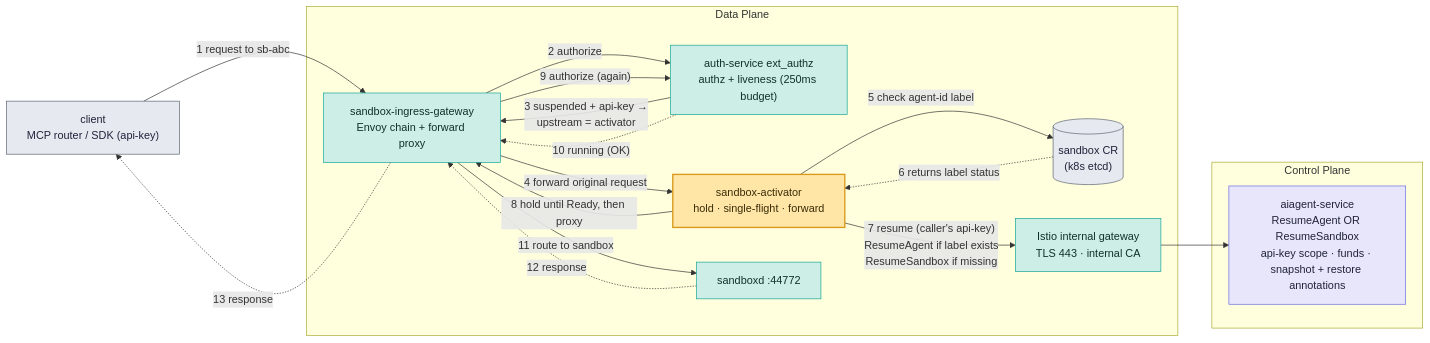
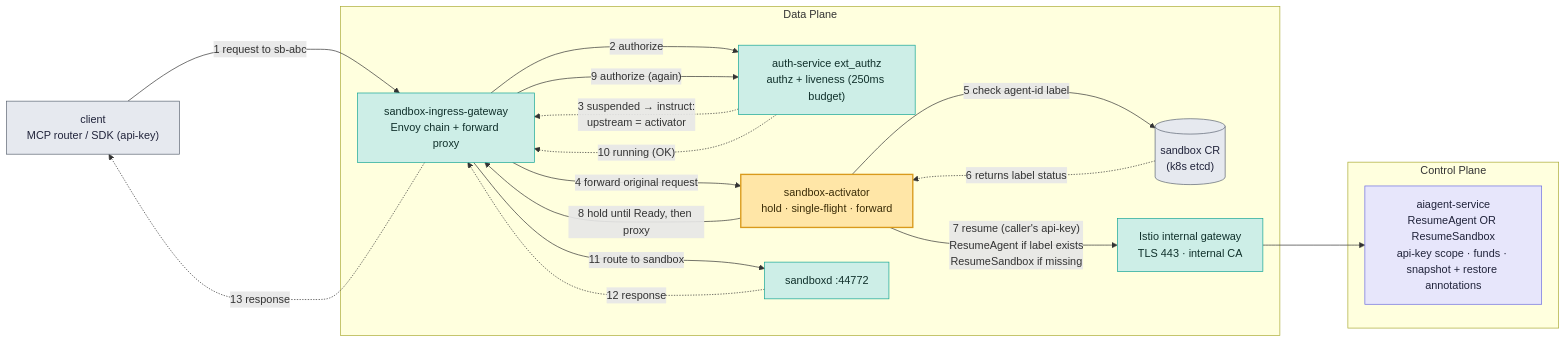
One commit to chandini1727/documentation- changed the first of 2 diagrams in README.md. Above: the diagram before and after it, drawn with Mermaid. The commit also changed other lines of this file, not shown here.

First line of the commit message:
Revise JWT extraction and update architecture details

````diff
--- a/README.md
+++ b/README.md
@@ -41,37 +41,37 @@
 ```mermaid
 flowchart LR
     cl["client<br/>MCP router / SDK (api-key)"]:::store
 
     subgraph DP [Data Plane]
         cr[("sandbox CR<br/>(k8s etcd)")]:::store
         gw["sandbox-ingress-gateway<br/>Envoy chain + forward proxy"]:::dp
         az["auth-service ext_authz<br/>authz + liveness (250ms budget)"]:::dp
         act["sandbox-activator<br/>hold · single-flight · forward"]:::star
         igw["Istio internal gateway<br/>TLS 443 · internal CA"]:::dp
         sd["sandboxd :44772"]:::dp
     end
 
     subgraph CP [Control Plane]
         cp["aiagent-service<br/>ResumeAgent OR ResumeSandbox<br/>api-key scope · funds · snapshot + restore annotations"]:::cp
     end
 
-    cl -->|"1 request to sb-abc"| gw
-    gw -->|"2 authorize"| az
-    az -->|"3 suspended + api-key →<br/>upstream = activator"| gw
-    gw -->|"4 forward original request"| act
-    act -->|"5 check agent-id label"| cr
-    cr -.->|"6 returns label status"| act
-    act -->|"7 resume (caller's api-key)<br/>ResumeAgent if label exists<br/>ResumeSandbox if missing"| igw
-    igw --> cp
-    act -->|"8 hold until Ready, then proxy"| gw
-    gw -->|"9 authorize (again)"| az
-    az -.->|"10 running (OK)"| gw
-    gw -->|"11 route to sandbox"| sd
-    sd -.->|"12 response"| gw
-    gw -.->|"13 response"| cl
+    cl --->|"1 request to sb-abc"| gw
+    gw --->|"2 authorize"| az
+    az -..->|"3 suspended → instruct:<br/>upstream = activator"| gw
+    gw --->|"4 forward original request"| act
+    act --->|"5 check agent-id label"| cr
+    cr -..->|"6 returns label status"| act
+    act --->|"7 resume (caller's api-key)<br/>ResumeAgent if label exists<br/>ResumeSandbox if missing"| igw
+    igw ---> cp
+    act --->|"8 hold until Ready, then proxy"| gw
+    gw --->|"9 authorize (again)"| az
+    az -..->|"10 running (OK)"| gw
+    gw --->|"11 route to sandbox"| sd
+    sd -..->|"12 response"| gw
+    gw -..->|"13 response"| cl
 
     classDef cp fill:#e7e6fb,stroke:#6b6be0,color:#20233a
     classDef dp fill:#cdeee7,stroke:#12a594,color:#10302b
     classDef star fill:#ffe6a7,stroke:#d99a1c,stroke-width:2px,color:#3a2c07
     classDef store fill:#e6e9ef,stroke:#5b6472,color:#20233a
 ```
````
